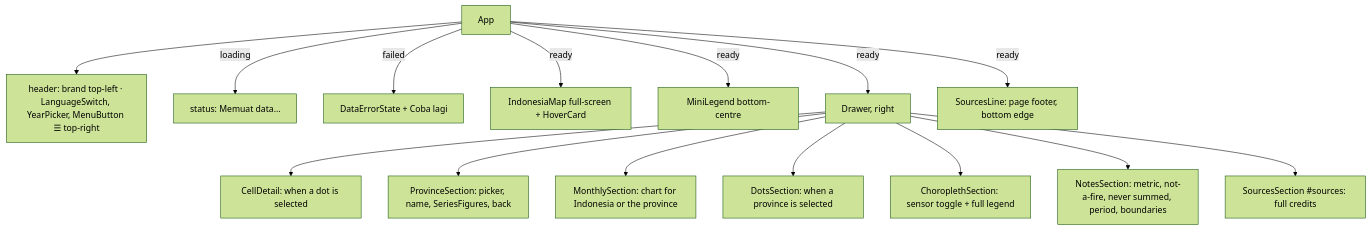
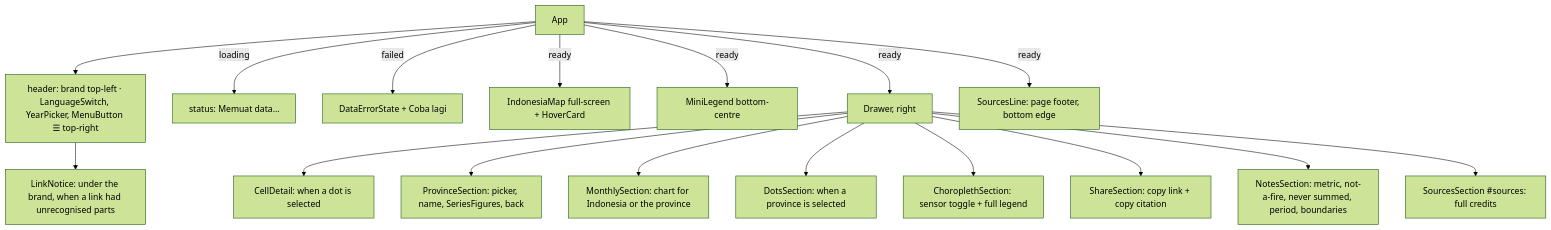
The diagram in web/lode/ui/layout.md (dhien-exploration/eyes-on-karhutla), drawn with Mermaid (forest theme) before and after one commit. The commit also changed other lines of this file and 13 other files, not shown here.

````diff
--- a/web/lode/ui/layout.md
+++ b/web/lode/ui/layout.md
@@ -5,17 +5,19 @@
 ```mermaid
 flowchart TD
     APP[App] --> H[header: brand top-left · LanguageSwitch, YearPicker, MenuButton ☰ top-right]
+    H --> LN[LinkNotice: under the brand, when a link had unrecognised parts]
     APP -->|loading| LD[status: Memuat data…]
     APP -->|failed| ER[DataErrorState + Coba lagi]
     APP -->|ready| MAP[IndonesiaMap full-screen + HoverCard]
     APP -->|ready| ML[MiniLegend bottom-centre]
     APP -->|ready| DR[Drawer, right]
     DR --> S0[CellDetail: when a dot is selected]
     DR --> S2[ProvinceSection: picker, name, SeriesFigures, back]
     DR --> MS[MonthlySection: chart for Indonesia or the province]
     DR --> SD[DotsSection: when a province is selected]
     DR --> S1[ChoroplethSection: sensor toggle + full legend]
+    DR --> SH[ShareSection: copy link + copy citation]
     DR --> S3[NotesSection: metric, not-a-fire, never summed, period, boundaries]
     DR --> S4[SourcesSection #sources: full credits]
     APP -->|ready| SL[SourcesLine: page footer, bottom edge]
 ```
````
